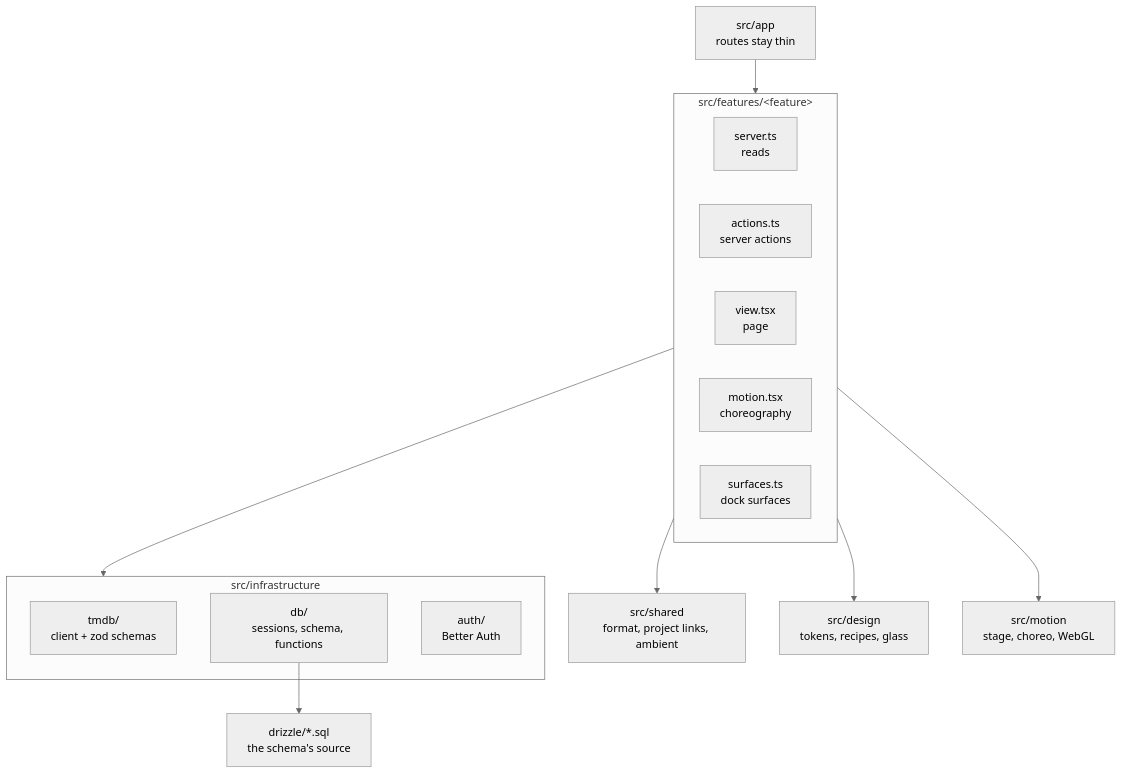
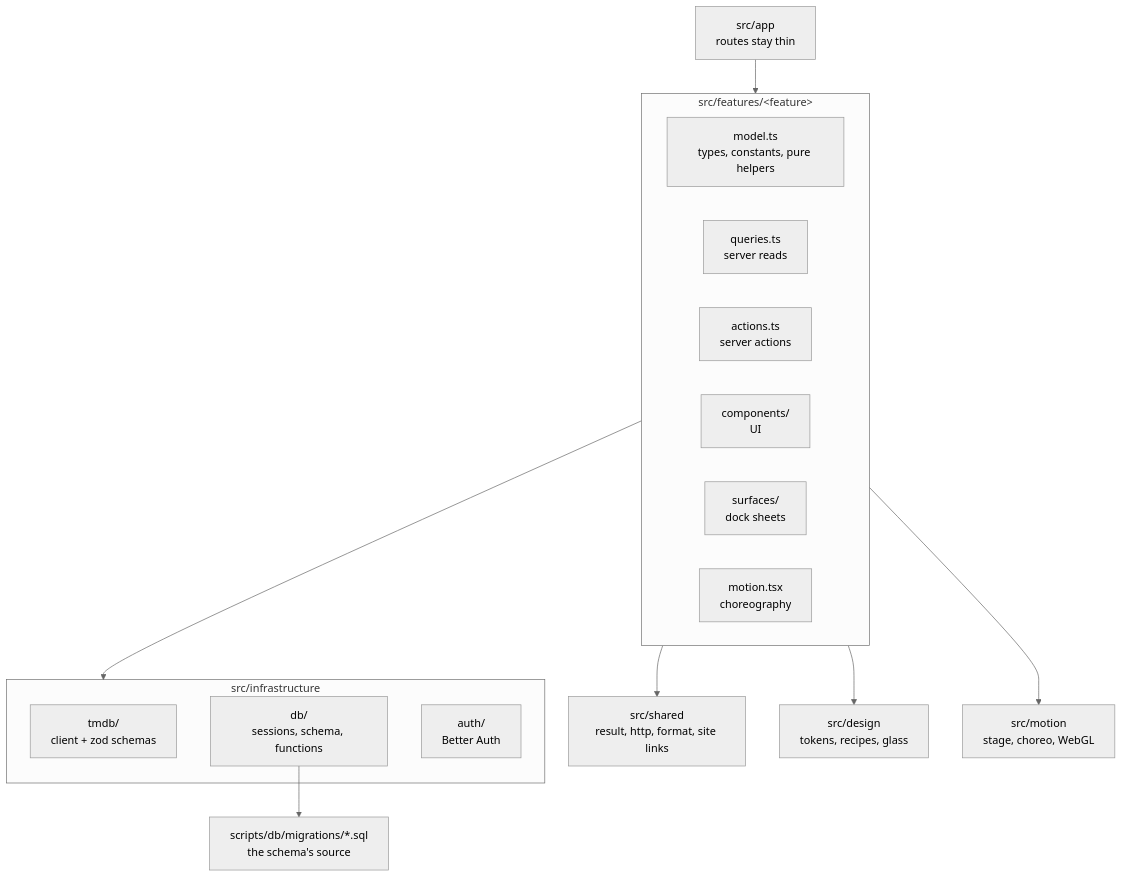
The second of 2 diagrams in docs/architecture/README.md (omerdlw/Guffin), drawn with Mermaid (neutral theme) before and after one commit. The commit also changed 20 other files, not shown here.

````diff
--- a/docs/architecture/README.md
+++ b/docs/architecture/README.md
@@ -72,24 +72,25 @@
 ```mermaid
 flowchart TB
   app["src/app<br/>routes stay thin"] --> features
   subgraph features["src/features/&lt;feature&gt;"]
-    server["server.ts<br/>reads"]
+    model["model.ts<br/>types, constants, pure helpers"]
+    queries["queries.ts<br/>server reads"]
     actions["actions.ts<br/>server actions"]
-    view["view.tsx<br/>page"]
+    components["components/<br/>UI"]
+    surfaces["surfaces/<br/>dock sheets"]
     motion["motion.tsx<br/>choreography"]
-    surfaces["surfaces.ts<br/>dock surfaces"]
   end
   features --> infrastructure
   features --> shared
   features --> design
   features --> motionlib
   subgraph infrastructure["src/infrastructure"]
     tmdb["tmdb/<br/>client + zod schemas"]
     db["db/<br/>sessions, schema, functions"]
     authlib["auth/<br/>Better Auth"]
   end
-  shared["src/shared<br/>format, project links, ambient"]
+  shared["src/shared<br/>result, http, format, site links"]
   design["src/design<br/>tokens, recipes, glass"]
   motionlib["src/motion<br/>stage, choreo, WebGL"]
-  db --> drizzle["drizzle/*.sql<br/>the schema's source"]
+  db --> drizzle["scripts/db/migrations/*.sql<br/>the schema's source"]
 ```
````
